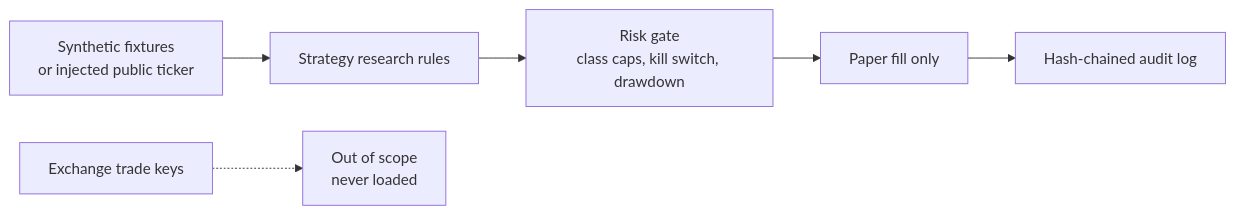
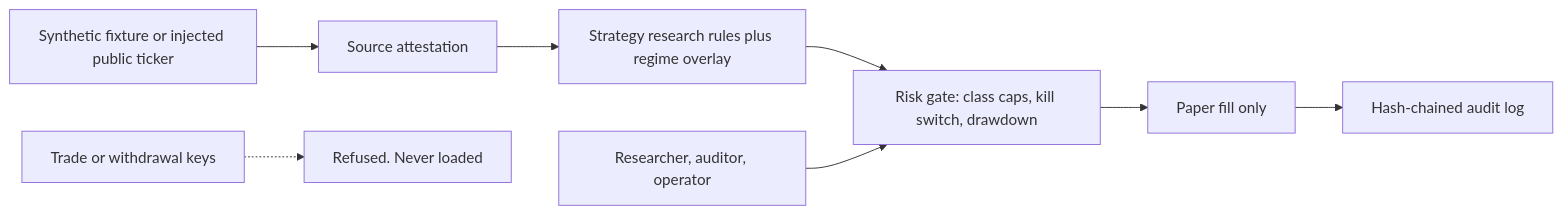
The diagram in docs/security-architecture.md (kkzee92/aixtech-crypto-intel), drawn with Mermaid before and after one commit. The commit also changed other lines of this file and 2 other files, not shown here.

First line of the commit message:
Publish v0.2 strategy and security notes

````diff
--- a/docs/security-architecture.md
+++ b/docs/security-architecture.md
@@ -5,8 +8,10 @@
 ```mermaid
 flowchart LR
-    F["Synthetic fixtures<br/>or injected public ticker"] --> S["Strategy research rules"]
-    S --> R["Risk gate<br/>class caps, kill switch, drawdown"]
+    F["Synthetic fixture or injected public ticker"] --> AT["Source attestation"]
+    AT --> S["Strategy research rules plus regime overlay"]
+    S --> R["Risk gate: class caps, kill switch, drawdown"]
     R --> P["Paper fill only"]
     P --> A["Hash-chained audit log"]
-    K["Exchange trade keys"] -.-> X["Out of scope<br/>never loaded"]
+    K["Trade or withdrawal keys"] -.-> X["Refused. Never loaded"]
+    RBAC["Researcher, auditor, operator"] --> R
 ```
````
